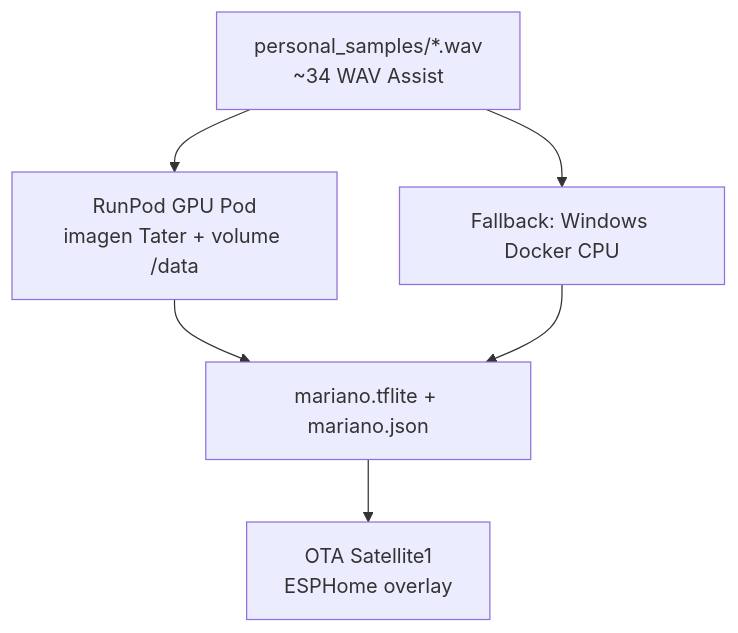
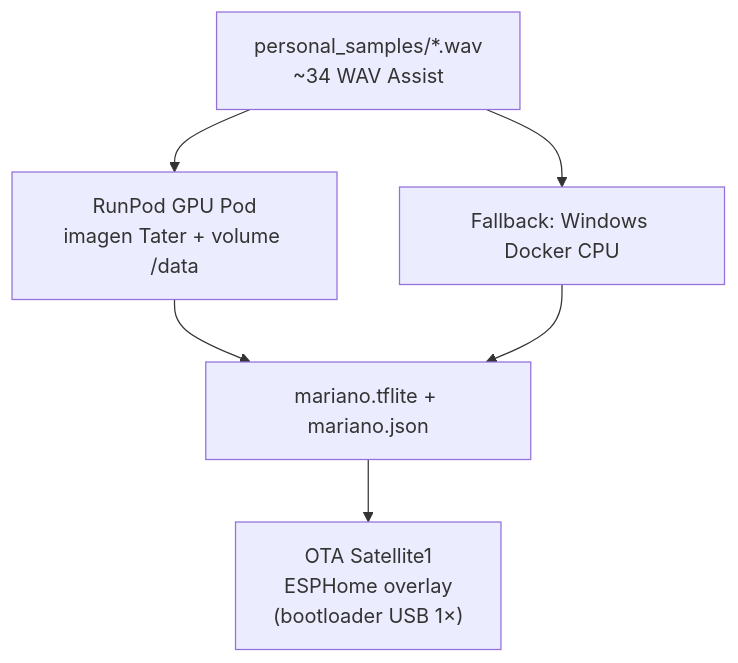
One commit to miguelandresgordon/WayneHomeLab changed the third of 3 diagrams in docs/ARCHITECTURE.md. Above: the diagram before and after it, drawn with Mermaid. The commit also changed 13 other files, not shown here.

First line of the commit message:
fix(esphome): authenticate Satellite1 OTA with live Noise PSK

````diff
--- a/docs/ARCHITECTURE.md
+++ b/docs/ARCHITECTURE.md
@@ -104,8 +104,8 @@
 ```mermaid
 flowchart TB
     SAMPLES["personal_samples/*.wav<br/>~34 WAV Assist"] --> RP["RunPod GPU Pod<br/>imagen Tater + volume /data"]
     SAMPLES --> WIN["Fallback: Windows Docker CPU"]
     RP --> MODEL["mariano.tflite + mariano.json"]
     WIN --> MODEL
-    MODEL --> FLASH["OTA Satellite1<br/>ESPHome overlay"]
+    MODEL --> FLASH["OTA Satellite1<br/>ESPHome overlay<br/>(bootloader USB 1×)"]
 ```
````
